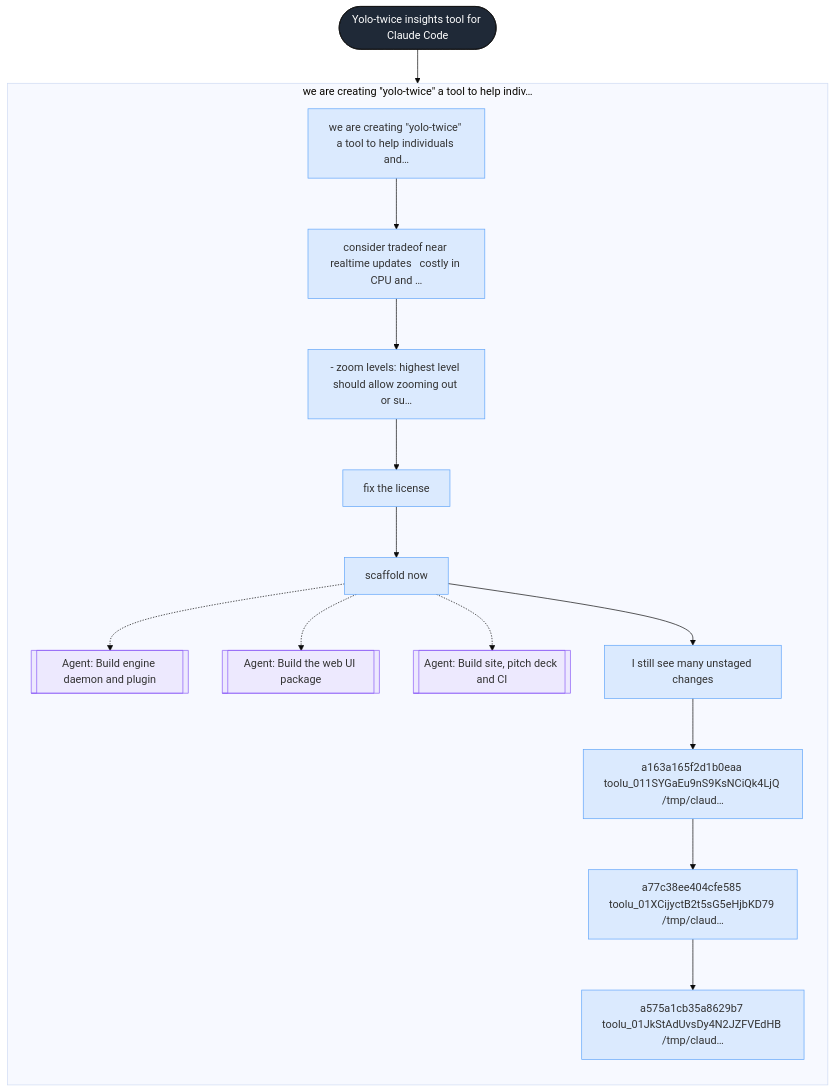
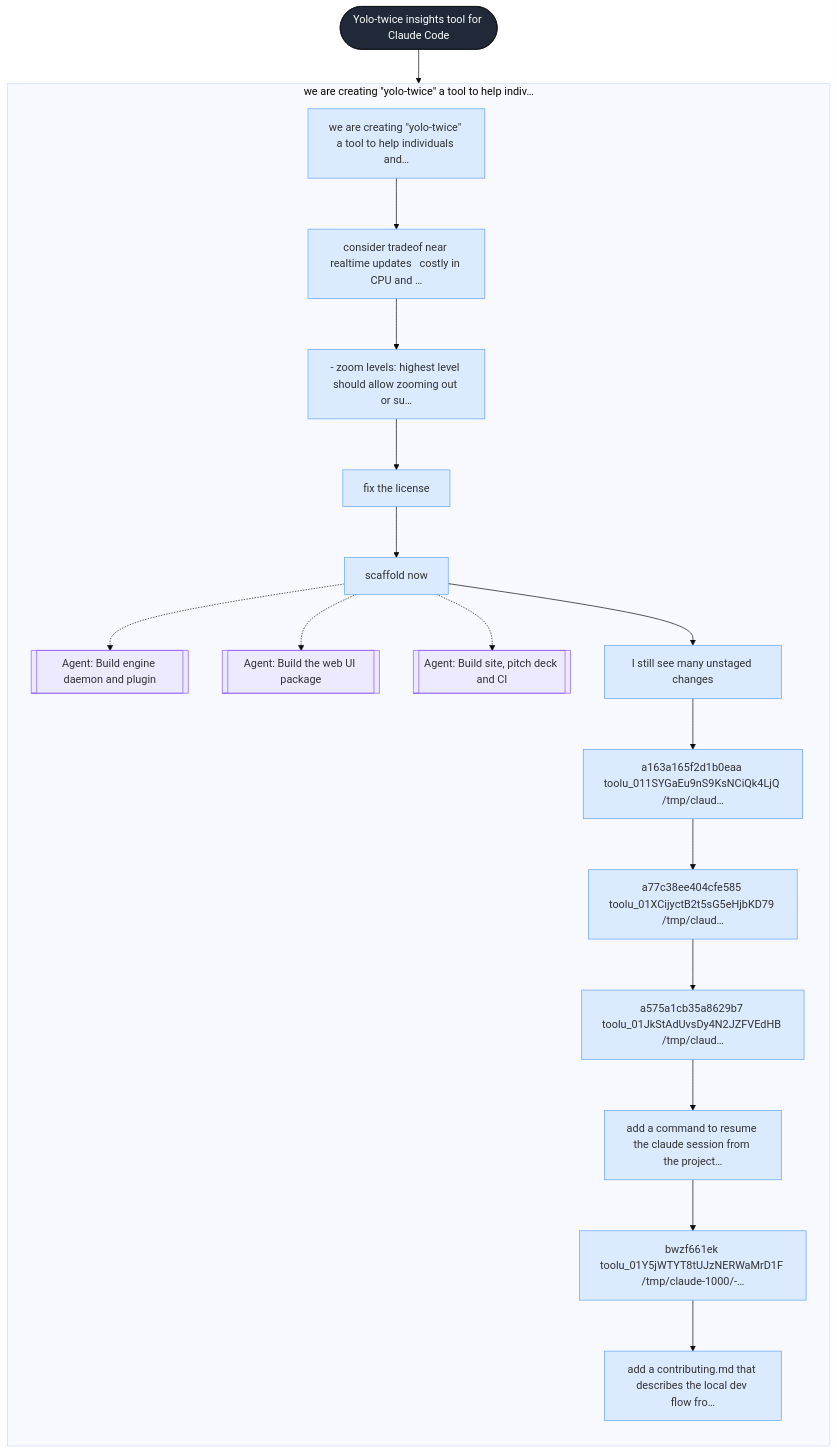
The diagram in .yolo-twice/sessions/34b27ceb-5af1-4142-8334-ab80a4310636/graph.mmd (bar9/yolo-twice), drawn with Mermaid (base theme) before and after one commit. The commit also changed 4 other files, not shown here.

```diff
--- a/.yolo-twice/sessions/34b27ceb-5af1-4142-8334-ab80a4310636/graph.mmd
+++ b/.yolo-twice/sessions/34b27ceb-5af1-4142-8334-ab80a4310636/graph.mmd
@@ -1,51 +1,60 @@
 flowchart TD
   s_34b27ceb_5af1_4142_8334_ab80a4310636(["Yolo-twice insights tool for Claude Code"])
   subgraph p1 ["we are creating #quot;yolo-twice#quot; a tool to help indiv…"]
     direction TD
     t1["we are creating #quot;yolo-twice#quot; a tool to help individuals and…"]
     t2["consider tradeof near realtime updates   costly in CPU and …"]
     t3["- zoom levels: highest level should allow zooming out or su…"]
     t4["fix the license"]
     t5["scaffold now"]
     t5_s51[["Agent: Build engine daemon and plugin"]]
     t5_s52[["Agent: Build the web UI package"]]
     t5_s53[["Agent: Build site, pitch deck and CI"]]
     t6["I still see many unstaged changes"]
     t7["a163a165f2d1b0eaa toolu_011SYGaEu9nS9KsNCiQk4LjQ /tmp/claud…"]
     t8["a77c38ee404cfe585 toolu_01XCijyctB2t5sG5eHjbKD79 /tmp/claud…"]
     t9["a575a1cb35a8629b7 toolu_01JkStAdUvsDy4N2JZFVEdHB /tmp/claud…"]
+    t10["add a command to resume the claude session from the project…"]
+    t11["bwzf661ek toolu_01Y5jWTYT8tUJzNERWaMrD1F /tmp/claude-1000/-…"]
+    t12["add a contributing.md that describes the local dev flow fro…"]
   end
   s_34b27ceb_5af1_4142_8334_ab80a4310636 --> t1
   t1 --> t2
   t2 --> t3
   t3 --> t4
   t4 --> t5
   t5 -.-> t5_s51
   t5 -.-> t5_s52
   t5 -.-> t5_s53
   t5 --> t6
   t6 --> t7
   t7 --> t8
   t8 --> t9
+  t9 --> t10
+  t10 --> t11
+  t11 --> t12
   classDef session fill:#1f2937,color:#fff,stroke:#111;
   classDef phase fill:#e5e7eb,stroke:#9ca3af;
   classDef turn fill:#dbeafe,stroke:#60a5fa;
   classDef branch fill:#fde68a,stroke:#d97706;
   classDef subagent fill:#ede9fe,stroke:#8b5cf6;
   classDef tool fill:#dcfce7,stroke:#22c55e;
   classDef error fill:#fee2e2,stroke:#ef4444;
   classDef text fill:#f3f4f6,stroke:#9ca3af;
   classDef thinking fill:#f3f4f6,stroke:#d1d5db,stroke-dasharray: 3 3;
   class s_34b27ceb_5af1_4142_8334_ab80a4310636 session;
   class t1 turn;
   class t2 turn;
   class t3 turn;
   class t4 turn;
   class t5 turn;
   class t5_s51 subagent;
   class t5_s52 subagent;
   class t5_s53 subagent;
   class t6 turn;
   class t7 turn;
   class t8 turn;
   class t9 turn;
+  class t10 turn;
+  class t11 turn;
+  class t12 turn;
```
